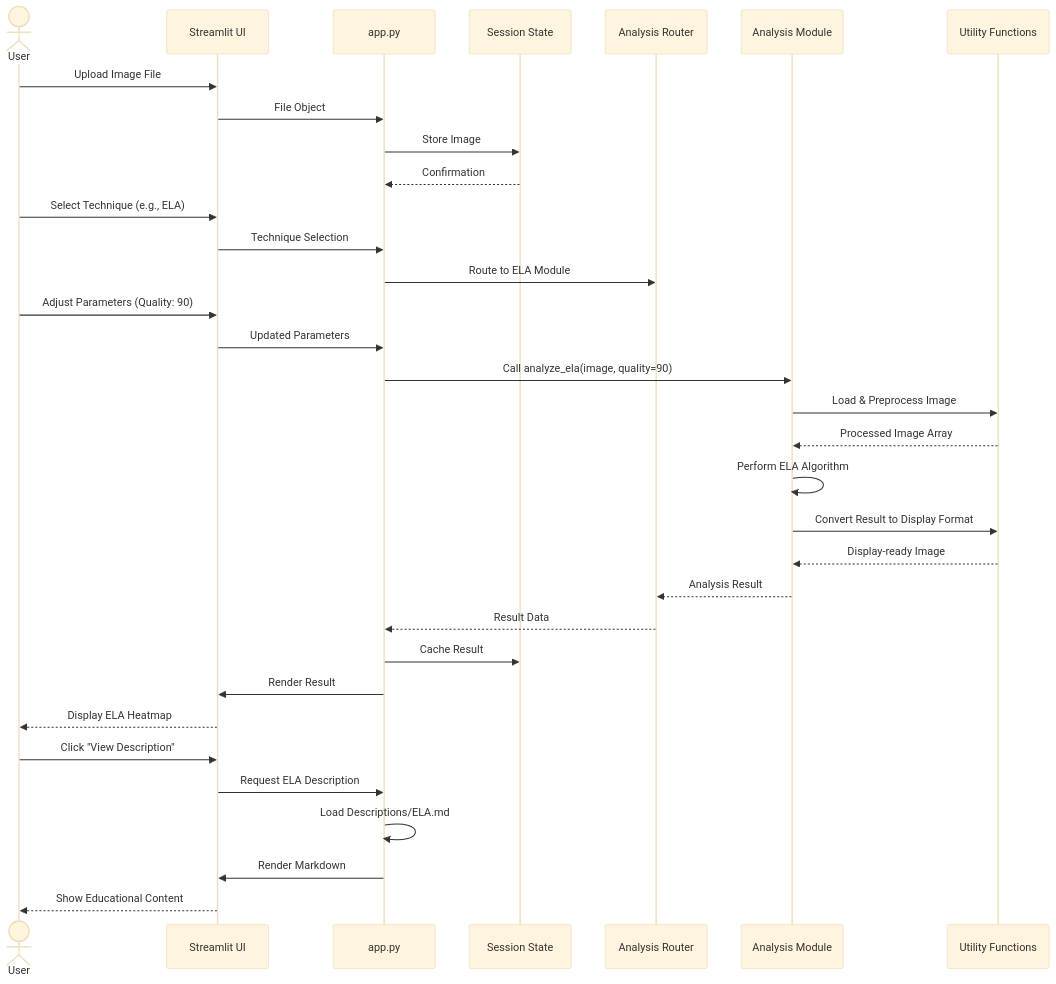
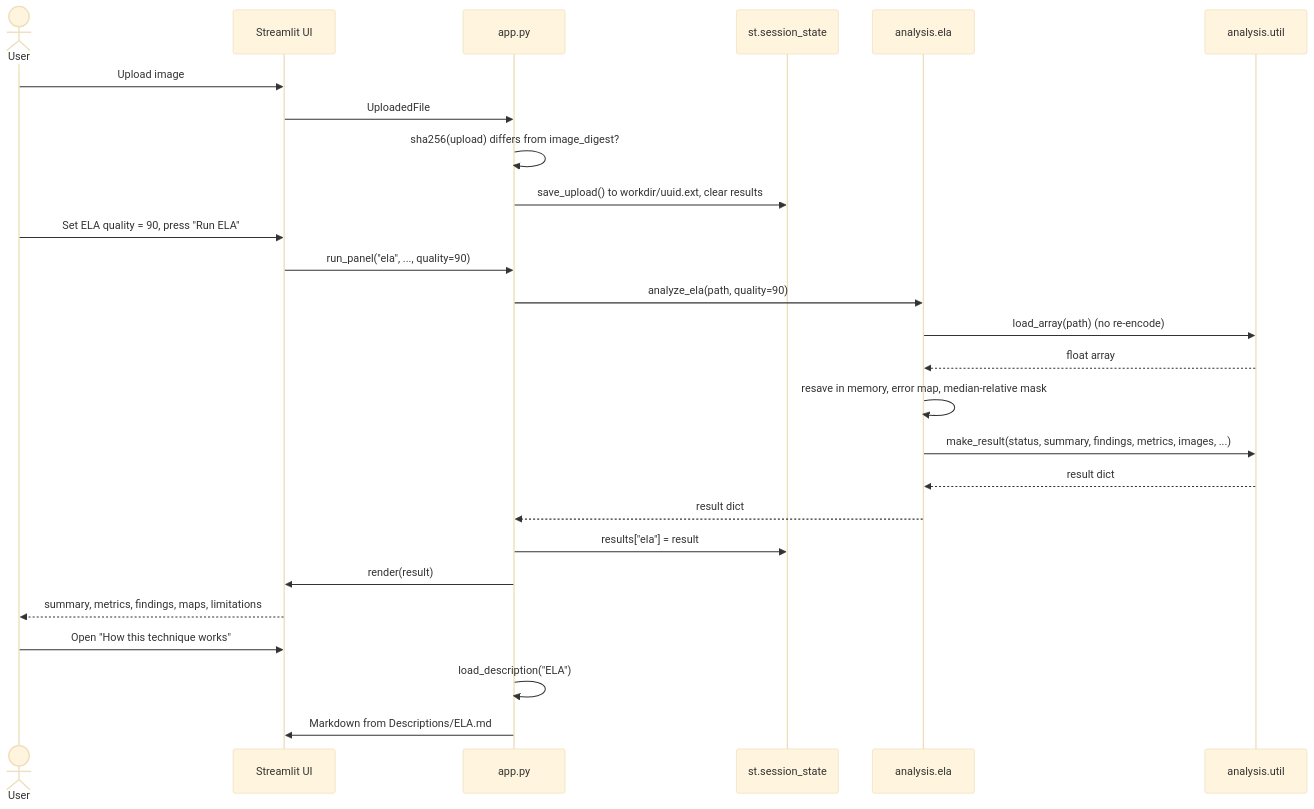
Before and after one commit to CodeRafay/Forensic-Image-Analysis-Toolkit: the third of 7 diagrams in docs/Documentation.md, drawn with Mermaid (base theme). The commit also changed other lines of this file and 74 other files, not shown here.

````diff
--- a/docs/Documentation.md
+++ b/docs/Documentation.md
@@ -348,42 +339,31 @@
 ```mermaid
 sequenceDiagram
     actor User
     participant UI as Streamlit UI
     participant App as app.py
-    participant Session as Session State
-    participant Router as Analysis Router
-    participant Module as Analysis Module
-    participant Util as Utility Functions
+    participant Session as st.session_state
+    participant Module as analysis.ela
+    participant Util as analysis.util
 
-    User->>UI: Upload Image File
-    UI->>App: File Object
-    App->>Session: Store Image
-    Session-->>App: Confirmation
+    User->>UI: Upload image
+    UI->>App: UploadedFile
+    App->>App: sha256(upload) differs from image_digest?
+    App->>Session: save_upload() to workdir/uuid.ext, clear results
 
-    User->>UI: Select Technique (e.g., ELA)
-    UI->>App: Technique Selection
-    App->>Router: Route to ELA Module
+    User->>UI: Set ELA quality = 90, press "Run ELA"
+    UI->>App: run_panel("ela", ..., quality=90)
+    App->>Module: analyze_ela(path, quality=90)
+    Module->>Util: load_array(path) (no re-encode)
+    Util-->>Module: float array
+    Module->>Module: resave in memory, error map, median-relative mask
+    Module->>Util: make_result(status, summary, findings, metrics, images, ...)
+    Util-->>Module: result dict
+    Module-->>App: result dict
+    App->>Session: results["ela"] = result
+    App->>UI: render(result)
+    UI-->>User: summary, metrics, findings, maps, limitations
 
-    User->>UI: Adjust Parameters (Quality: 90)
-    UI->>App: Updated Parameters
-
-    App->>Module: Call analyze_ela(image, quality=90)
-    Module->>Util: Load & Preprocess Image
-    Util-->>Module: Processed Image Array
-
-    Module->>Module: Perform ELA Algorithm
-    Module->>Util: Convert Result to Display Format
-    Util-->>Module: Display-ready Image
-
-    Module-->>Router: Analysis Result
-    Router-->>App: Result Data
-    App->>Session: Cache Result
-    App->>UI: Render Result
-    UI-->>User: Display ELA Heatmap
-
-    User->>UI: Click "View Description"
-    UI->>App: Request ELA Description
-    App->>App: Load Descriptions/ELA.md
-    App->>UI: Render Markdown
-    UI-->>User: Show Educational Content
+    User->>UI: Open "How this technique works"
+    App->>App: load_description("ELA")
+    App->>UI: Markdown from Descriptions/ELA.md
 ```
````
